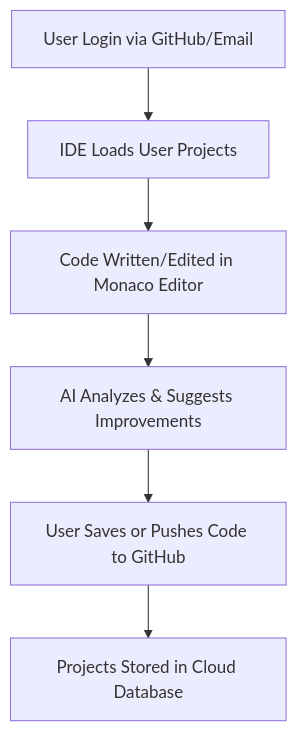
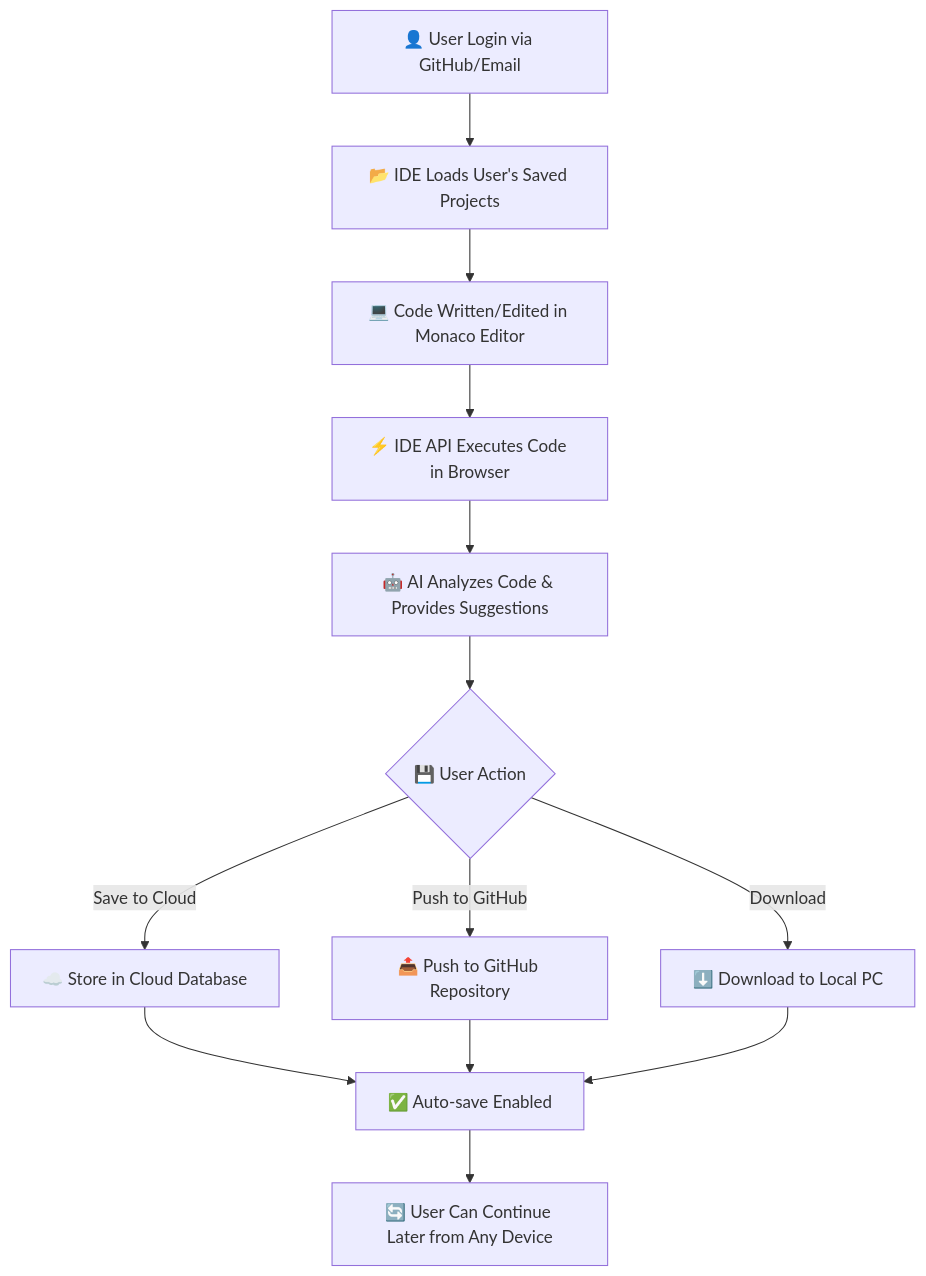
Before and after one commit to ck-ahmad/AI_Cloude_IDE: the diagram in README.md, drawn with Mermaid. The commit also changed other lines of this file, not shown here.

````diff
--- a/README.md
+++ b/README.md
@@ -85,8 +129,15 @@
 ```mermaid
 flowchart TD
-    A[User Login via GitHub/Email] --> B[IDE Loads User Projects]
-    B --> C[Code Written/Edited in Monaco Editor]
-    C --> D[AI Analyzes & Suggests Improvements]
-    D --> E[User Saves or Pushes Code to GitHub]
-    E --> F[Projects Stored in Cloud Database]
+    A[👤 User Login via GitHub/Email] --> B[📂 IDE Loads User's Saved Projects]
+    B --> C[💻 Code Written/Edited in Monaco Editor]
+    C --> D[⚡ IDE API Executes Code in Browser]
+    D --> E[🤖 AI Analyzes Code & Provides Suggestions]
+    E --> F{💾 User Action}
+    F -->|Save to Cloud| G[☁️ Store in Cloud Database]
+    F -->|Push to GitHub| H[📤 Push to GitHub Repository]
+    F -->|Download| I[⬇️ Download to Local PC]
+    G --> J[✅ Auto-save Enabled]
+    H --> J
+    I --> J
+    J --> K[🔄 User Can Continue Later from Any Device]
 ```
````
